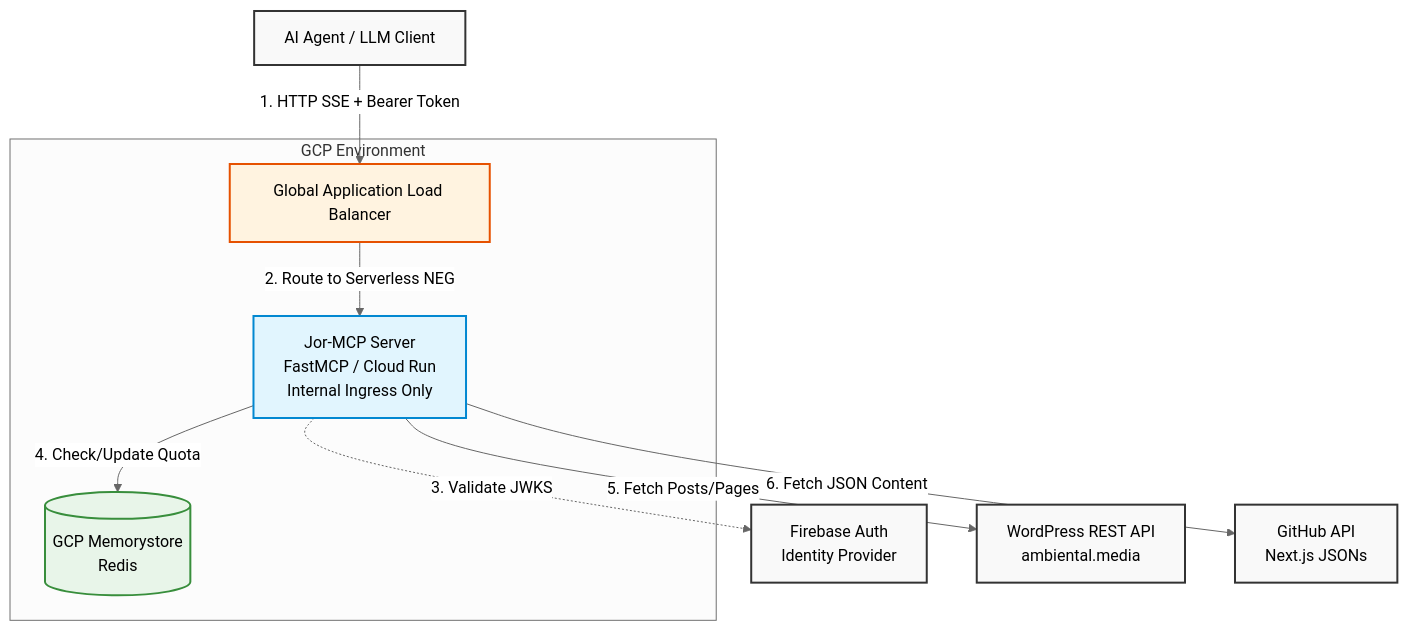
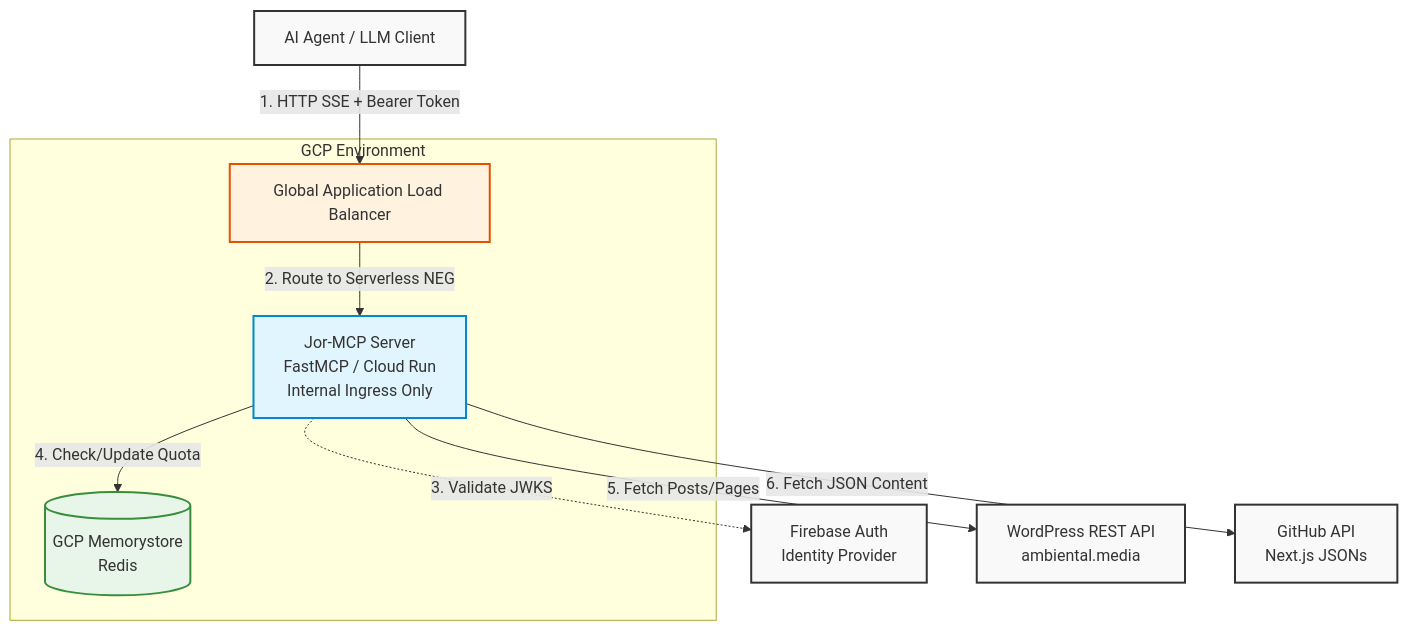
One commit to ambiental-media/jor-mcp changed the first of 2 diagrams in docs/1-technical/architecture.md. Above: the diagram before and after it, drawn with Mermaid. The commit also changed other lines of this file, not shown here.

Commit message:
change diagram theme

````diff
--- a/docs/1-technical/architecture.md
+++ b/docs/1-technical/architecture.md
@@ -9,37 +9,37 @@
 ```mermaid
-%%{init: {'theme': 'neutral'}}%%
+%%{init: {'theme': 'default'}}%%
 graph TD
     %% External Actors
     Client[AI Agent / LLM Client]
     
     %% Core System
     subgraph GCP Environment
         LB[Global Application Load Balancer]
         JorMCP[Jor-MCP Server \n FastMCP / Cloud Run \n Internal Ingress Only]
         Redis[(GCP Memorystore \n Redis)]
     end
     
     %% External Services
     FirebaseAuth[Firebase Auth \n Identity Provider]
     WP[WordPress REST API \n ambiental.media]
     GH[GitHub API \n Next.js JSONs]
 
     %% Relationships
     Client -- "1. HTTP SSE + Bearer Token" --> LB
     LB -- "2. Route to Serverless NEG" --> JorMCP
     JorMCP -. "3. Validate JWKS" .-> FirebaseAuth
     JorMCP -- "4. Check/Update Quota" --> Redis
     JorMCP -- "5. Fetch Posts/Pages" --> WP
     JorMCP -- "6. Fetch JSON Content" --> GH
     
     %% Styling
     classDef external fill:#f9f9f9,stroke:#333,stroke-width:2px;
     classDef internal fill:#e1f5fe,stroke:#0288d1,stroke-width:2px;
     classDef db fill:#e8f5e9,stroke:#388e3c,stroke-width:2px;
     classDef gateway fill:#fff3e0,stroke:#e65100,stroke-width:2px;
     
     class Client,FirebaseAuth,WP,GH external;
     class JorMCP internal;
     class LB gateway;
     class Redis db;
 ```
````
